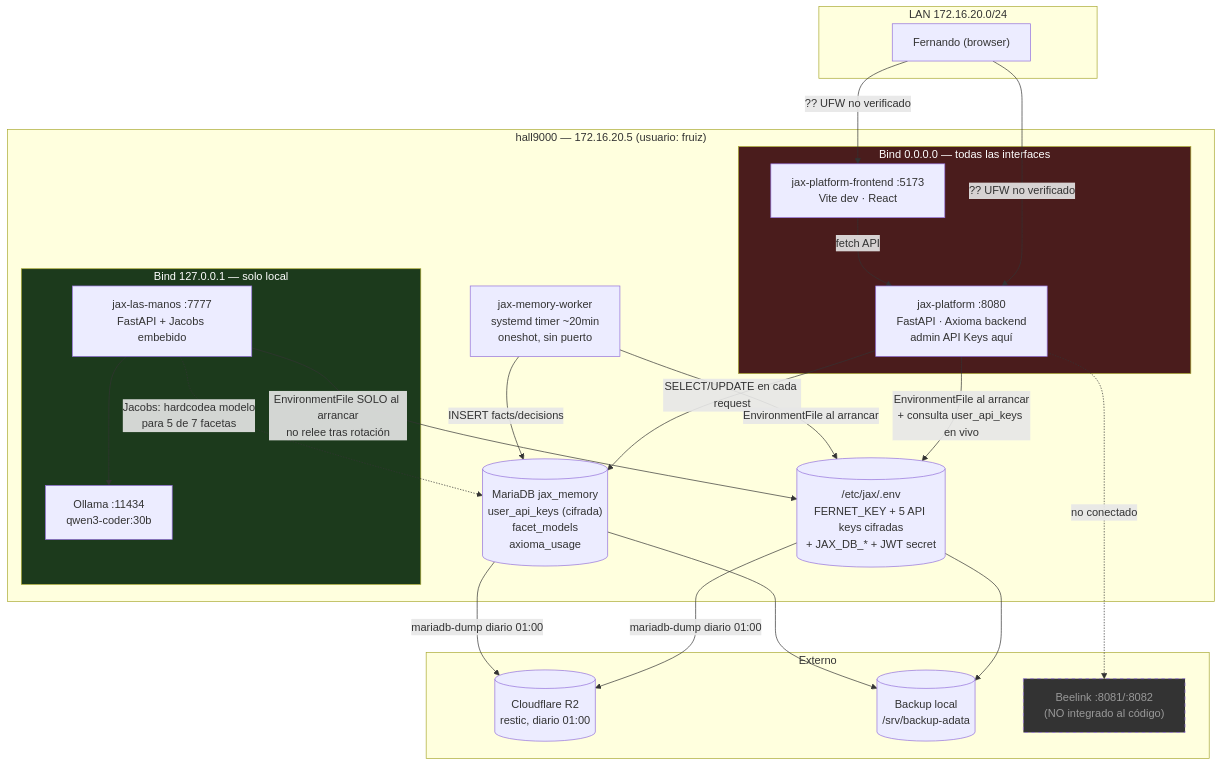
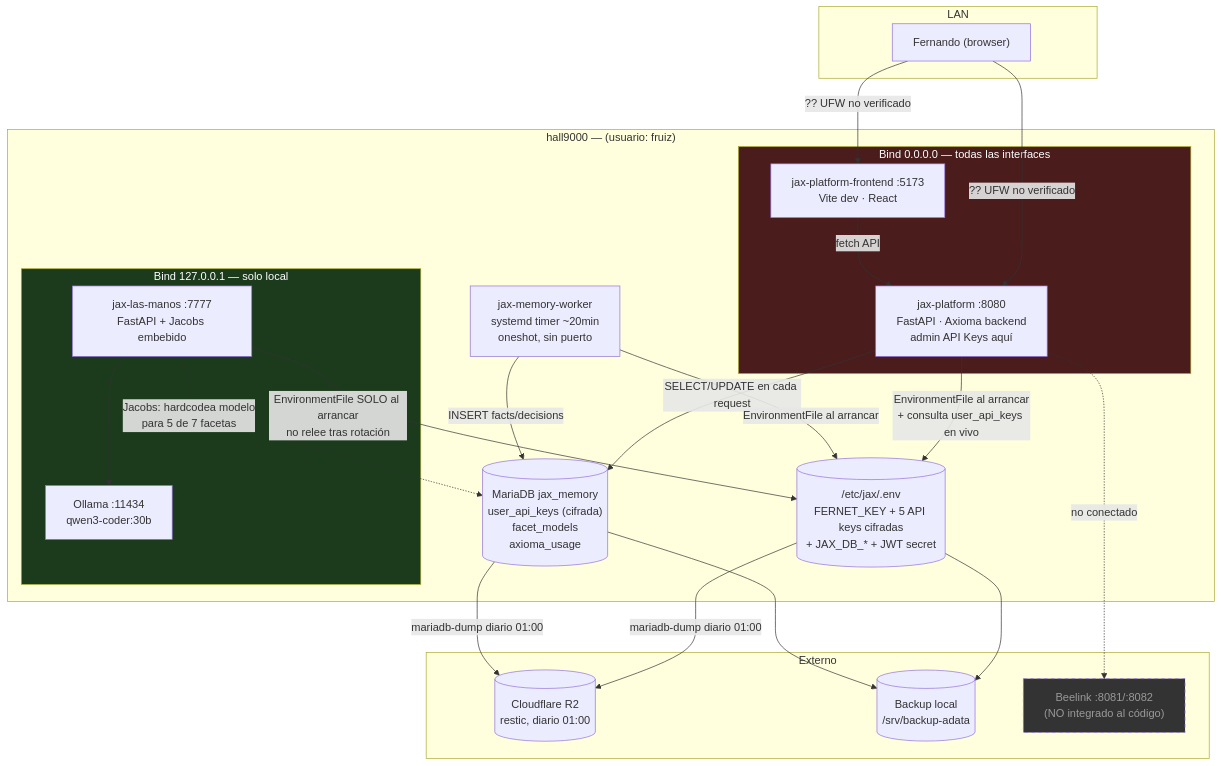
The diagram in docs/auditoria-api-keys-2026-08-09.md (fjruizhn/jax-platform), drawn with Mermaid before and after one commit. The commit also changed other lines of this file and 5 other files, not shown here.

````diff
--- a/docs/auditoria-api-keys-2026-08-09.md
+++ b/docs/auditoria-api-keys-2026-08-09.md
@@ -167,47 +167,47 @@
 ```mermaid
 flowchart TB
-    subgraph LAN["LAN 172.16.20.0/24"]
+    subgraph LAN["LAN <IP interna, ver /etc/jax/.env>"]
         FR["Fernando (browser)"]
     end
 
-    subgraph HOST["hall9000 — 172.16.20.5 (usuario: fruiz)"]
+    subgraph HOST["hall9000 — <IP interna, ver /etc/jax/.env> (usuario: fruiz)"]
         subgraph PUB["Bind 0.0.0.0 — todas las interfaces"]
             PLAT["jax-platform :8080\nFastAPI · Axioma backend\nadmin API Keys aquí"]
             FE["jax-platform-frontend :5173\nVite dev · React"]
         end
         subgraph LOOP["Bind 127.0.0.1 — solo local"]
             LM["jax-las-manos :7777\nFastAPI + Jacobs embebido"]
             OLL["Ollama :11434\nqwen3-coder:30b"]
         end
         WRK["jax-memory-worker\nsystemd timer ~20min\noneshot, sin puerto"]
         ENV[("/etc/jax/.env\nFERNET_KEY + 5 API keys cifradas\n+ JAX_DB_* + JWT secret")]
         DB[("MariaDB jax_memory\nuser_api_keys (cifrada)\nfacet_models\naxioma_usage")]
     end
 
     subgraph EXT["Externo"]
         R2[("Cloudflare R2\nrestic, diario 01:00")]
         LOCALBK[("Backup local\n/srv/backup-adata")]
         BEELINK["Beelink :8081/:8082\n(NO integrado al código)"]
     end
 
     FR -->|"?? UFW no verificado"| PLAT
     FR -->|"?? UFW no verificado"| FE
     FE -->|fetch API| PLAT
     PLAT -->|EnvironmentFile al arrancar\n+ consulta user_api_keys en vivo| ENV
     PLAT -->|SELECT/UPDATE en cada request| DB
     LM -->|EnvironmentFile SOLO al arrancar\nno relee tras rotación| ENV
     LM -.->|Jacobs: hardcodea modelo\npara 5 de 7 facetas| DB
     WRK -->|EnvironmentFile al arrancar| ENV
     WRK -->|INSERT facts/decisions| DB
     LM --> OLL
     PLAT -.->|no conectado| BEELINK
 
     ENV -->|mariadb-dump diario 01:00| R2
     DB -->|mariadb-dump diario 01:00| R2
     ENV --> LOCALBK
     DB --> LOCALBK
 
     style PUB fill:#4a1c1c,color:#fff
     style LOOP fill:#1c3a1c,color:#fff
     style BEELINK fill:#333,color:#999,stroke-dasharray: 5 5
 ```
````
